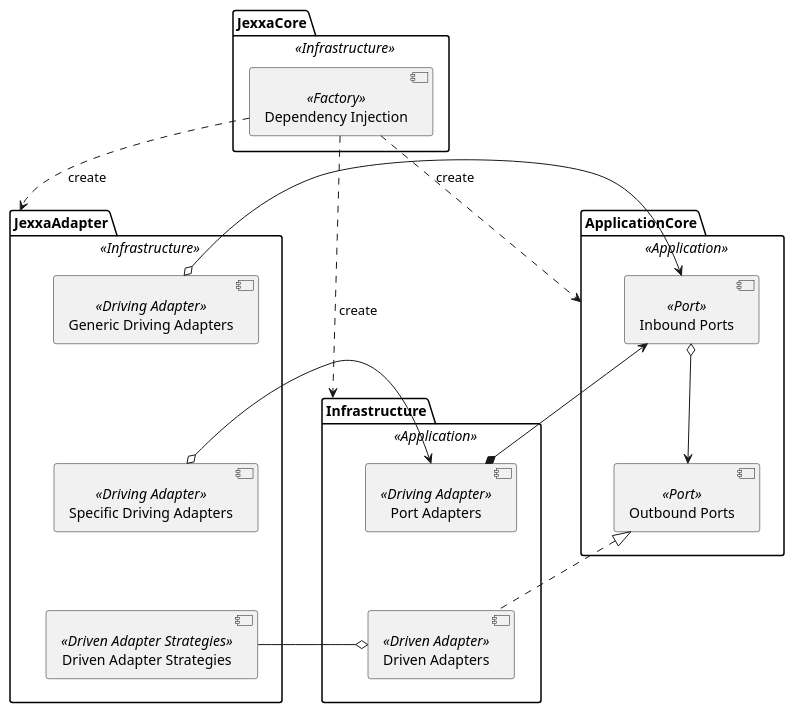
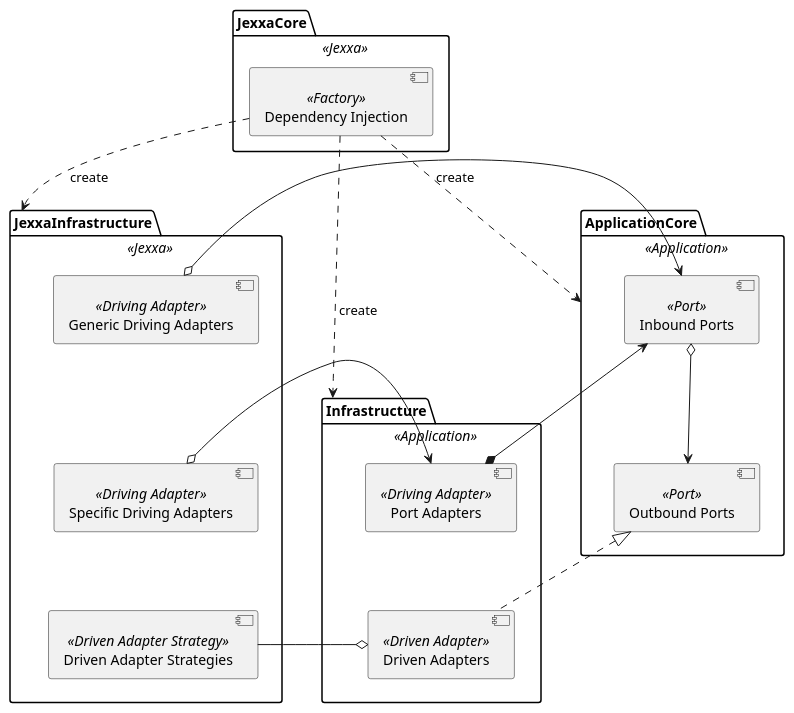
The diagram in doc/images/JexxaComponents.iuml (jexxa-projects/Jexxa), drawn with PlantUML before and after one commit. The commit also changed 24 other files, not shown here.

First line of the commit message:
* renamed package io.jexxa.infrastructure.drivenadapter -> drivenadapterstrategy because this package does not include any drivenadapter that can be directly used. Instead it includes strategies that can be used by the infrastructure of the application.

```diff
--- a/doc/images/JexxaComponents.iuml
+++ b/doc/images/JexxaComponents.iuml
@@ -1,40 +1,40 @@
 @startuml
 skinparam PackagePadding 20
 
-package JexxaCore <<Infrastructure>> {
+package JexxaCore <<Jexxa>> {
 [Dependency Injection] <<Factory>>
 }
 
-package JexxaAdapter <<Infrastructure>> {
+package JexxaInfrastructure <<Jexxa>> {
 [Generic Driving Adapters]  <<Driving Adapter>>
 [Specific Driving Adapters] <<Driving Adapter>>
-[Driven Adapter Strategies] <<Driven Adapter Strategies>>
+[Driven Adapter Strategies] <<Driven Adapter Strategy>>
 }
 
 package ApplicationCore <<Application>> {
 [Inbound Ports] <<Port>>
 [Outbound Ports] <<Port>>
 }
 
 package Infrastructure <<Application>> {
 [Port Adapters] <<Driving Adapter>>
 [Driven Adapters] <<Driven Adapter>>
 }
 
 [Specific Driving Adapters] o-right-> [Port Adapters]
 [Generic Driving Adapters] o-right-> [Inbound Ports]
 
 [Port Adapters] *-right-> [Inbound Ports]
 [Inbound Ports] o-down-> [Outbound Ports]
 [Outbound Ports] <|.. [Driven Adapters]
 [Driven Adapters] o-left-[Driven Adapter Strategies]
 
 [Dependency Injection] ..> Infrastructure : create
 [Dependency Injection] ..> ApplicationCore : create
-[Dependency Injection] ..> JexxaAdapter : create
+[Dependency Injection] ..> JexxaInfrastructure : create
 
 [Generic Driving Adapters] -[hidden]- [Port Adapters]
 [Generic Driving Adapters] -[hidden]- [Specific Driving Adapters]
 [Specific Driving Adapters] -[hidden]- [Driven Adapter Strategies]
 [Port Adapters] -[hidden]- [Driven Adapters]
 @enduml
```
